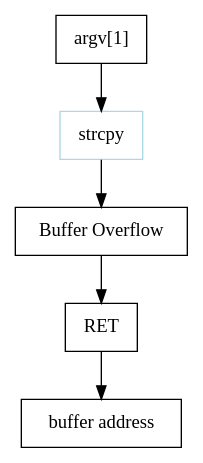
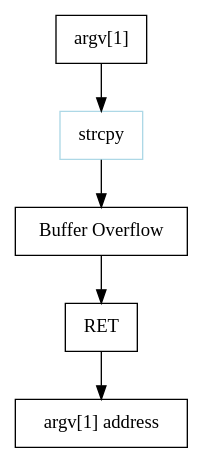
Before and after one commit to joizel/ctf_writeup: the diagram in docs/wargame/pwnable/lob4.rst, drawn with Graphviz. The commit also changed other lines of this file and 5 other files, not shown here.

```diff
--- a/docs/wargame/pwnable/lob4.rst
+++ b/docs/wargame/pwnable/lob4.rst
@@ -6,11 +6,11 @@
 .. graphviz::
 
     digraph foo {
         a -> b -> c -> d -> e;
 
         a [shape=box, label="argv[1]"];
         b [shape=box, color=lightblue, label="strcpy"];
         c [shape=box, label="Buffer Overflow"];
         d [shape=box, label="RET"];
-        e [shape=box, label="buffer address"];
+        e [shape=box, label="argv[1] address"];
     }
```
